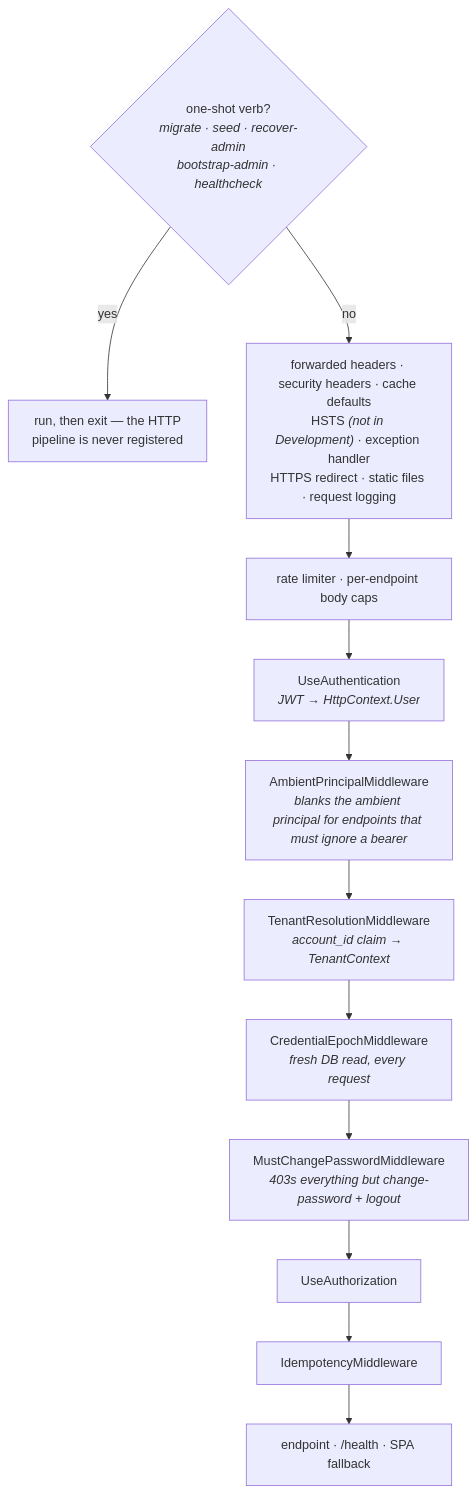
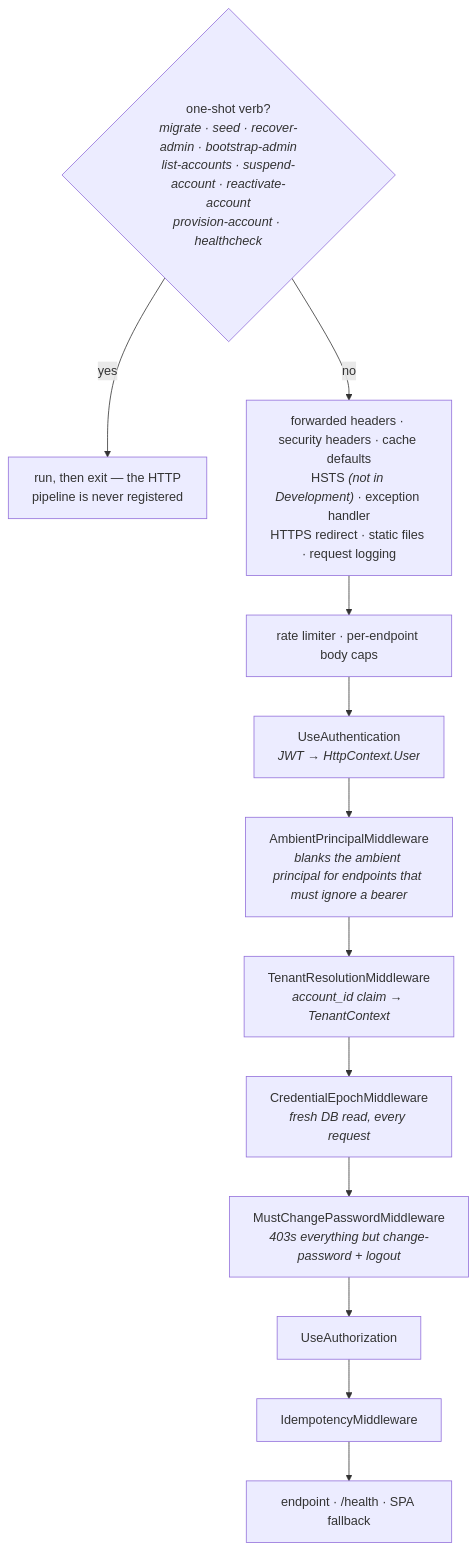
The first of 4 diagrams in docs/architecture.md (mforce/cluckwork), drawn with Mermaid before and after one commit. The commit also changed 44 other files, not shown here.

First line of the commit message:
feat(accounts): provision additional farms (#581)

````diff
--- a/docs/architecture.md
+++ b/docs/architecture.md
@@ -19,17 +19,17 @@
 ```mermaid
 flowchart TD
-    CLI{"one-shot verb?<br/><i>migrate · seed · recover-admin<br/>bootstrap-admin · healthcheck</i>"}
+    CLI{"one-shot verb?<br/><i>migrate · seed · recover-admin · bootstrap-admin<br/>list-accounts · suspend-account · reactivate-account<br/>provision-account · healthcheck</i>"}
     CLI -->|yes| EXIT["run, then exit — the HTTP<br/>pipeline is never registered"]
     CLI -->|no| EDGE
 
     EDGE["forwarded headers · security headers · cache defaults<br/>HSTS <i>(not in Development)</i> · exception handler<br/>HTTPS redirect · static files · request logging"]
     EDGE --> LIMITS["rate limiter · per-endpoint body caps"]
     LIMITS --> AUTHN["UseAuthentication<br/><i>JWT → HttpContext.User</i>"]
     AUTHN --> AMBIENT["AmbientPrincipalMiddleware<br/><i>blanks the ambient principal for endpoints that must ignore a bearer</i>"]
     AMBIENT --> TENANT["TenantResolutionMiddleware<br/><i>account_id claim → TenantContext</i>"]
     TENANT --> EPOCH["CredentialEpochMiddleware<br/><i>fresh DB read, every request</i>"]
     EPOCH --> MCP["MustChangePasswordMiddleware<br/><i>403s everything but change-password + logout</i>"]
     MCP --> AUTHZ["UseAuthorization"]
     AUTHZ --> IDEM["IdempotencyMiddleware"]
     IDEM --> ENDPOINT["endpoint · /health · SPA fallback"]
 ```
````
